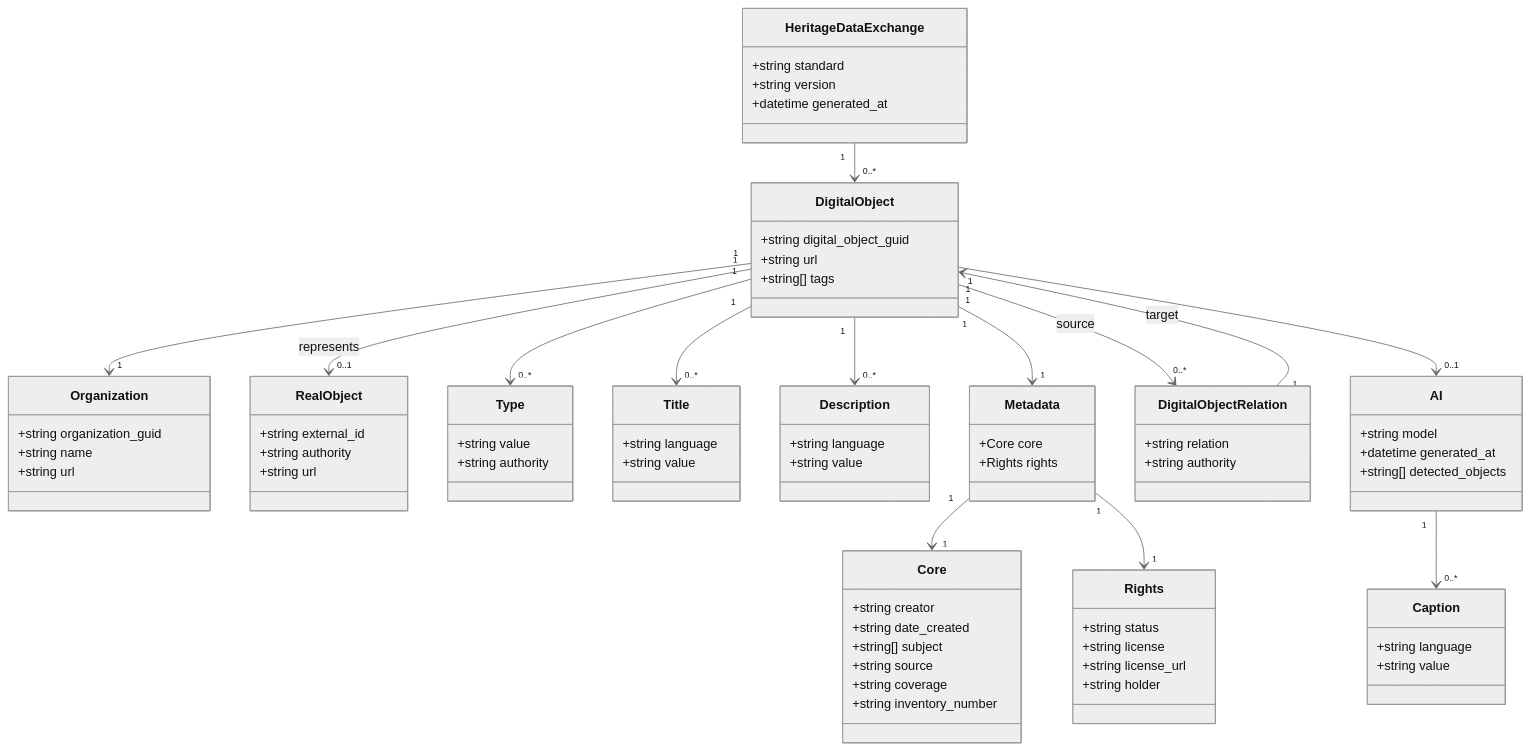
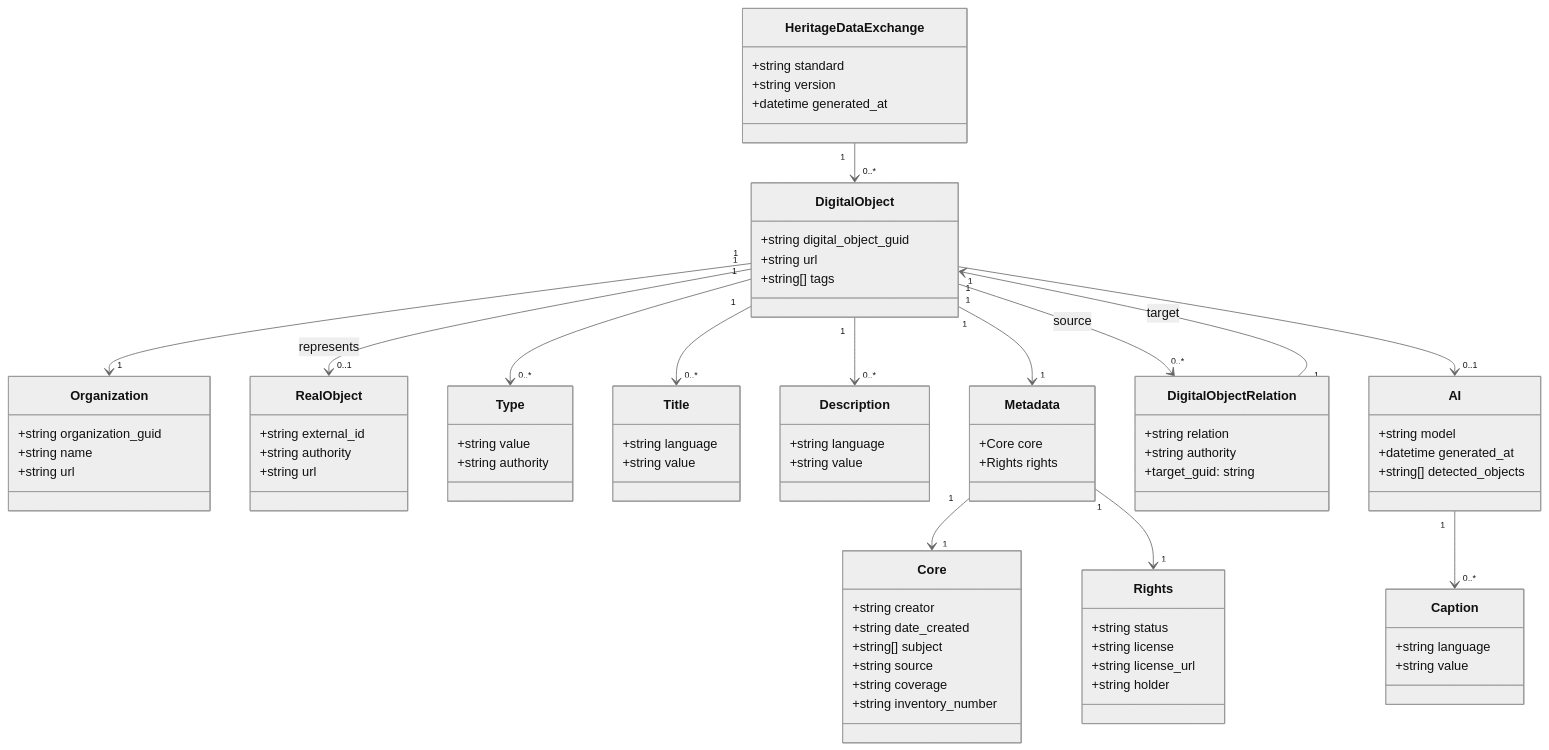
The diagram in docs/ru-federated-cultural-ai-exchange.uml.md (herzen-vis-lab/heritage-data-exchange), drawn with Mermaid (neutral theme) before and after one commit.

```diff
--- a/docs/ru-federated-cultural-ai-exchange.uml.md
+++ b/docs/ru-federated-cultural-ai-exchange.uml.md
@@ -65,6 +65,7 @@
 class DigitalObjectRelation {
     +string relation
     +string authority
+    +target_guid: string
 }
 
 class AI {
```
